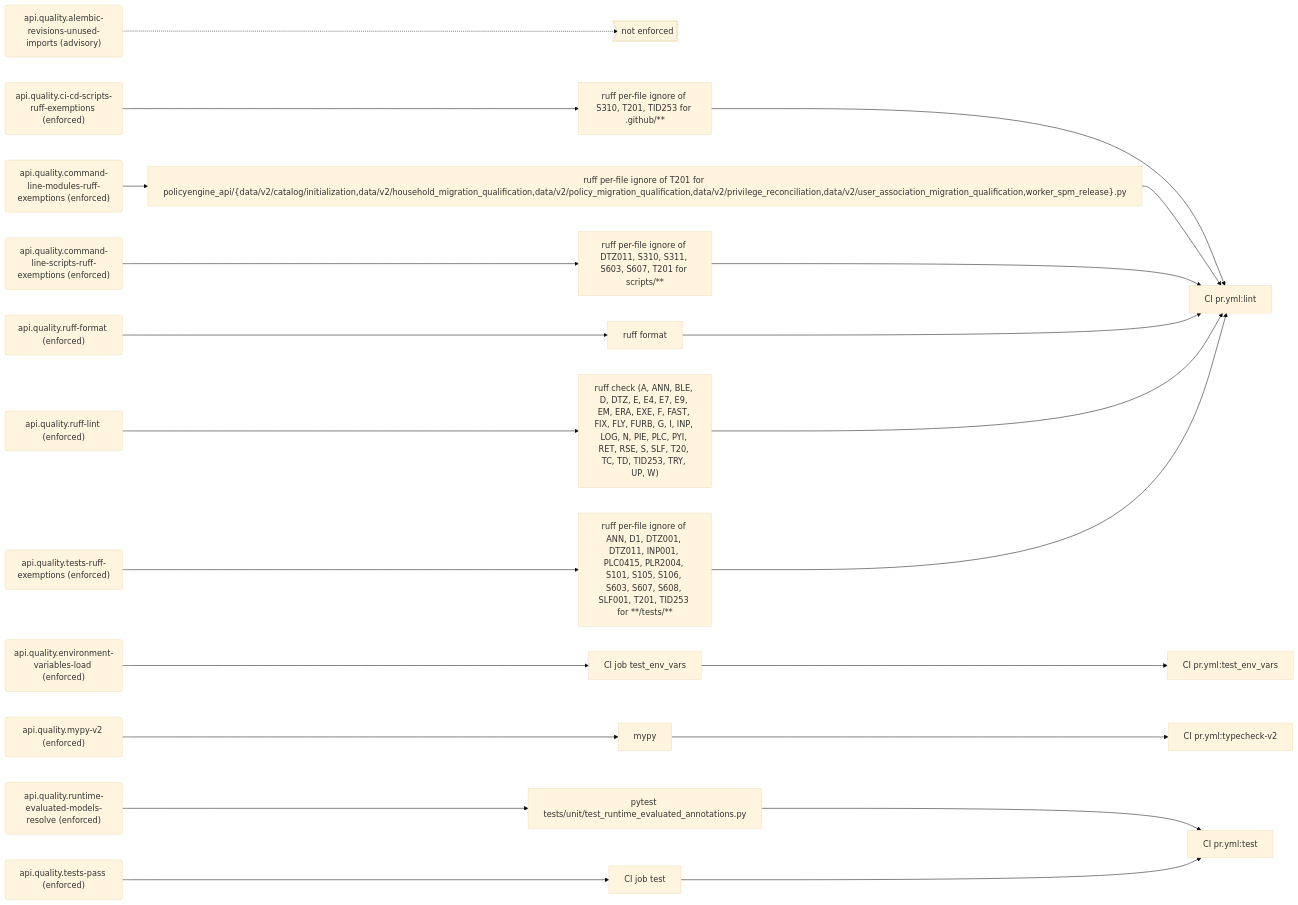
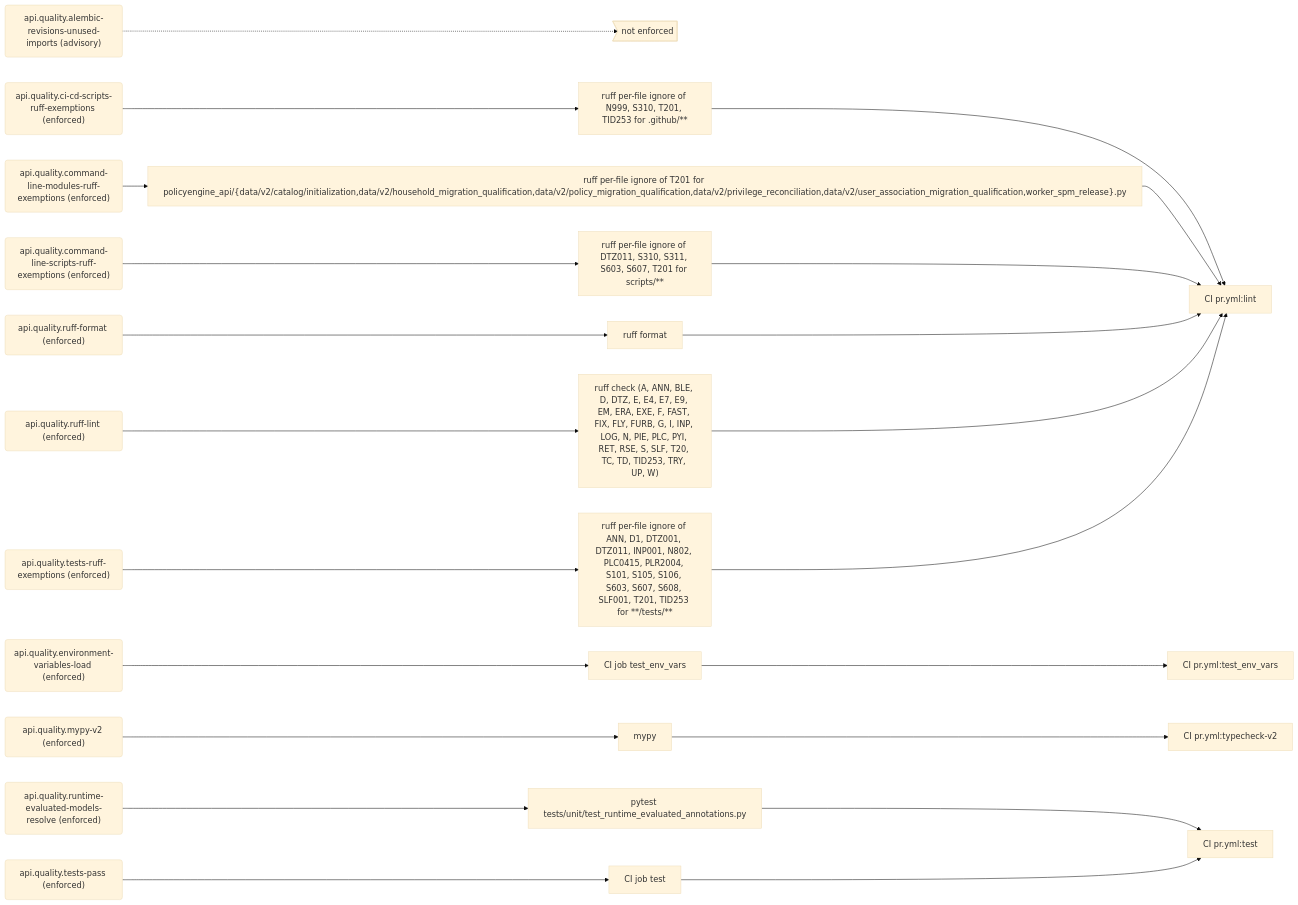
The sixth of 9 diagrams in docs/generated/rules.md (PolicyEngine/policyengine-api), drawn with Mermaid (base theme) before and after one commit. The commit also changed other lines of this file and 4 other files, not shown here.

````diff
--- a/docs/generated/rules.md
+++ b/docs/generated/rules.md
@@ -304,50 +304,50 @@
 ```mermaid
 flowchart LR
   r_api_quality_alembic_revisions_unused_imports("api.quality.alembic-revisions-unused-imports (advisory)")
   gap_unenforced>"not enforced"]
   r_api_quality_ci_cd_scripts_ruff_exemptions("api.quality.ci-cd-scripts-ruff-exemptions (enforced)")
-  e_ruff_per_file_ignore_of_S310__T201__TID253_for__github___["ruff per-file ignore of S310, T201, TID253 for .github/**"]
+  e_ruff_per_file_ignore_of_N999__S310__T201__TID253_for__github___["ruff per-file ignore of N999, S310, T201, TID253 for .github/**"]
   j_CI_pr_yml_lint["CI pr.yml:lint"]
   r_api_quality_command_line_modules_ruff_exemptions("api.quality.command-line-modules-ruff-exemptions (enforced)")
   e_ruff_per_file_ignore_of_T201_for_policyengine_api__data_v2_catalog_initialization_data_v2_household_migration_qualification_data_v2_policy_migration_qualification_data_v2_privilege_reconciliation_data_v2_user_association_migration_qualification_worker_spm_release__py["ruff per-file ignore of T201 for policyengine_api/{data/v2/catalog/initialization,data/v2/household_migration_qualification,data/v2/policy_migration_qualification,data/v2/privilege_reconciliation,data/v2/user_association_migration_qualification,worker_spm_release}.py"]
   r_api_quality_command_line_scripts_ruff_exemptions("api.quality.command-line-scripts-ruff-exemptions (enforced)")
   e_ruff_per_file_ignore_of_DTZ011__S310__S311__S603__S607__T201_for_scripts___["ruff per-file ignore of DTZ011, S310, S311, S603, S607, T201 for scripts/**"]
   r_api_quality_environment_variables_load("api.quality.environment-variables-load (enforced)")
   e_CI_job_test_env_vars["CI job test_env_vars"]
   j_CI_pr_yml_test_env_vars["CI pr.yml:test_env_vars"]
   r_api_quality_mypy_v2("api.quality.mypy-v2 (enforced)")
   e_mypy["mypy"]
   j_CI_pr_yml_typecheck_v2["CI pr.yml:typecheck-v2"]
   r_api_quality_ruff_format("api.quality.ruff-format (enforced)")
   e_ruff_format["ruff format"]
   r_api_quality_ruff_lint("api.quality.ruff-lint (enforced)")
   e_ruff_check__A__ANN__BLE__D__DTZ__E__E4__E7__E9__EM__ERA__EXE__F__FAST__FIX__FLY__FURB__G__I__INP__LOG__N__PIE__PLC__PYI__RET__RSE__S__SLF__T20__TC__TD__TID253__TRY__UP__W_["ruff check (A, ANN, BLE, D, DTZ, E, E4, E7, E9, EM, ERA, EXE, F, FAST, FIX, FLY, FURB, G, I, INP, LOG, N, PIE, PLC, PYI, RET, RSE, S, SLF, T20, TC, TD, TID253, TRY, UP, W)"]
   r_api_quality_runtime_evaluated_models_resolve("api.quality.runtime-evaluated-models-resolve (enforced)")
   e_pytest_tests_unit_test_runtime_evaluated_annotations_py["pytest tests/unit/test_runtime_evaluated_annotations.py"]
   j_CI_pr_yml_test["CI pr.yml:test"]
   r_api_quality_tests_pass("api.quality.tests-pass (enforced)")
   e_CI_job_test["CI job test"]
   r_api_quality_tests_ruff_exemptions("api.quality.tests-ruff-exemptions (enforced)")
-  e_ruff_per_file_ignore_of_ANN__D1__DTZ001__DTZ011__INP001__PLC0415__PLR2004__S101__S105__S106__S603__S607__S608__SLF001__T201__TID253_for____tests___["ruff per-file ignore of ANN, D1, DTZ001, DTZ011, INP001, PLC0415, PLR2004, S101, S105, S106, S603, S607, S608, SLF001, T201, TID253 for **/tests/**"]
+  e_ruff_per_file_ignore_of_ANN__D1__DTZ001__DTZ011__INP001__N802__PLC0415__PLR2004__S101__S105__S106__S603__S607__S608__SLF001__T201__TID253_for____tests___["ruff per-file ignore of ANN, D1, DTZ001, DTZ011, INP001, N802, PLC0415, PLR2004, S101, S105, S106, S603, S607, S608, SLF001, T201, TID253 for **/tests/**"]
   r_api_quality_alembic_revisions_unused_imports -.-> gap_unenforced
-  r_api_quality_ci_cd_scripts_ruff_exemptions --> e_ruff_per_file_ignore_of_S310__T201__TID253_for__github___
-  e_ruff_per_file_ignore_of_S310__T201__TID253_for__github___ --> j_CI_pr_yml_lint
+  r_api_quality_ci_cd_scripts_ruff_exemptions --> e_ruff_per_file_ignore_of_N999__S310__T201__TID253_for__github___
+  e_ruff_per_file_ignore_of_N999__S310__T201__TID253_for__github___ --> j_CI_pr_yml_lint
   r_api_quality_command_line_modules_ruff_exemptions --> e_ruff_per_file_ignore_of_T201_for_policyengine_api__data_v2_catalog_initialization_data_v2_household_migration_qualification_data_v2_policy_migration_qualification_data_v2_privilege_reconciliation_data_v2_user_association_migration_qualification_worker_spm_release__py
   e_ruff_per_file_ignore_of_T201_for_policyengine_api__data_v2_catalog_initialization_data_v2_household_migration_qualification_data_v2_policy_migration_qualification_data_v2_privilege_reconciliation_data_v2_user_association_migration_qualification_worker_spm_release__py --> j_CI_pr_yml_lint
   r_api_quality_command_line_scripts_ruff_exemptions --> e_ruff_per_file_ignore_of_DTZ011__S310__S311__S603__S607__T201_for_scripts___
   e_ruff_per_file_ignore_of_DTZ011__S310__S311__S603__S607__T201_for_scripts___ --> j_CI_pr_yml_lint
   r_api_quality_environment_variables_load --> e_CI_job_test_env_vars
   e_CI_job_test_env_vars --> j_CI_pr_yml_test_env_vars
   r_api_quality_mypy_v2 --> e_mypy
   e_mypy --> j_CI_pr_yml_typecheck_v2
   r_api_quality_ruff_format --> e_ruff_format
   e_ruff_format --> j_CI_pr_yml_lint
   r_api_quality_ruff_lint --> e_ruff_check__A__ANN__BLE__D__DTZ__E__E4__E7__E9__EM__ERA__EXE__F__FAST__FIX__FLY__FURB__G__I__INP__LOG__N__PIE__PLC__PYI__RET__RSE__S__SLF__T20__TC__TD__TID253__TRY__UP__W_
   e_ruff_check__A__ANN__BLE__D__DTZ__E__E4__E7__E9__EM__ERA__EXE__F__FAST__FIX__FLY__FURB__G__I__INP__LOG__N__PIE__PLC__PYI__RET__RSE__S__SLF__T20__TC__TD__TID253__TRY__UP__W_ --> j_CI_pr_yml_lint
   r_api_quality_runtime_evaluated_models_resolve --> e_pytest_tests_unit_test_runtime_evaluated_annotations_py
   e_pytest_tests_unit_test_runtime_evaluated_annotations_py --> j_CI_pr_yml_test
   r_api_quality_tests_pass --> e_CI_job_test
   e_CI_job_test --> j_CI_pr_yml_test
-  r_api_quality_tests_ruff_exemptions --> e_ruff_per_file_ignore_of_ANN__D1__DTZ001__DTZ011__INP001__PLC0415__PLR2004__S101__S105__S106__S603__S607__S608__SLF001__T201__TID253_for____tests___
-  e_ruff_per_file_ignore_of_ANN__D1__DTZ001__DTZ011__INP001__PLC0415__PLR2004__S101__S105__S106__S603__S607__S608__SLF001__T201__TID253_for____tests___ --> j_CI_pr_yml_lint
+  r_api_quality_tests_ruff_exemptions --> e_ruff_per_file_ignore_of_ANN__D1__DTZ001__DTZ011__INP001__N802__PLC0415__PLR2004__S101__S105__S106__S603__S607__S608__SLF001__T201__TID253_for____tests___
+  e_ruff_per_file_ignore_of_ANN__D1__DTZ001__DTZ011__INP001__N802__PLC0415__PLR2004__S101__S105__S106__S603__S607__S608__SLF001__T201__TID253_for____tests___ --> j_CI_pr_yml_lint
 ```
````
